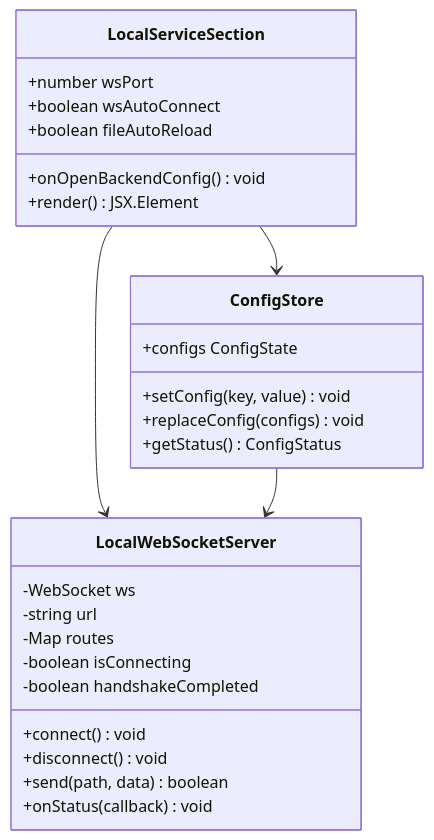
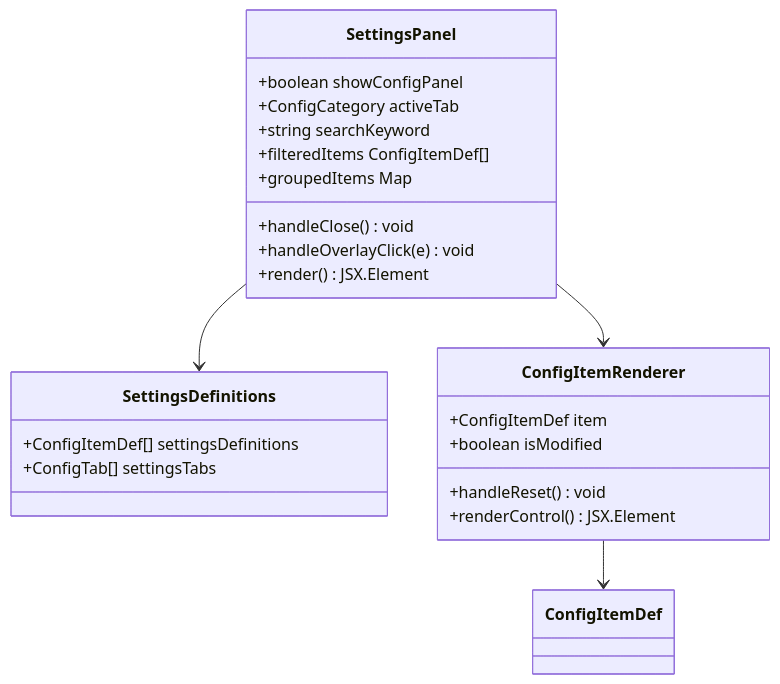
Before and after one commit to kqcoxn/MaaPipelineEditor: the fifth of 9 diagrams in .qoder/repowiki/zh/content/用户界面/面板系统/配置面板/本地服务配置区域.md, drawn with Mermaid. The commit also changed other lines of this file and 50 other files, not shown here.

````diff
--- a/.qoder/repowiki/zh/content/用户界面/面板系统/配置面板/本地服务配置区域.md
+++ b/.qoder/repowiki/zh/content/用户界面/面板系统/配置面板/本地服务配置区域.md
@@ -219,30 +252,26 @@
 ```mermaid
 classDiagram
-class LocalServiceSection {
-+number wsPort
-+boolean wsAutoConnect
-+boolean fileAutoReload
-+onOpenBackendConfig() void
+class SettingsPanel {
++boolean showConfigPanel
++ConfigCategory activeTab
++string searchKeyword
++handleClose() void
++handleOverlayClick(e) void
++filteredItems ConfigItemDef[]
++groupedItems Map
 +render() JSX.Element
 }
-class ConfigStore {
-+configs ConfigState
-+setConfig(key, value) void
-+replaceConfig(configs) void
-+getStatus() ConfigStatus
+class SettingsDefinitions {
++ConfigItemDef[] settingsDefinitions
++ConfigTab[] settingsTabs
 }
-class LocalWebSocketServer {
--WebSocket ws
--string url
--Map routes
--boolean isConnecting
--boolean handshakeCompleted
-+connect() void
-+disconnect() void
-+send(path, data) boolean
-+onStatus(callback) void
+class ConfigItemRenderer {
++ConfigItemDef item
++boolean isModified
++handleReset() void
++renderControl() JSX.Element
 }
-LocalServiceSection --> ConfigStore
-LocalServiceSection --> LocalWebSocketServer
-ConfigStore --> LocalWebSocketServer
+SettingsPanel --> SettingsDefinitions
+SettingsPanel --> ConfigItemRenderer
+ConfigItemRenderer --> ConfigItemDef
 ```
````
